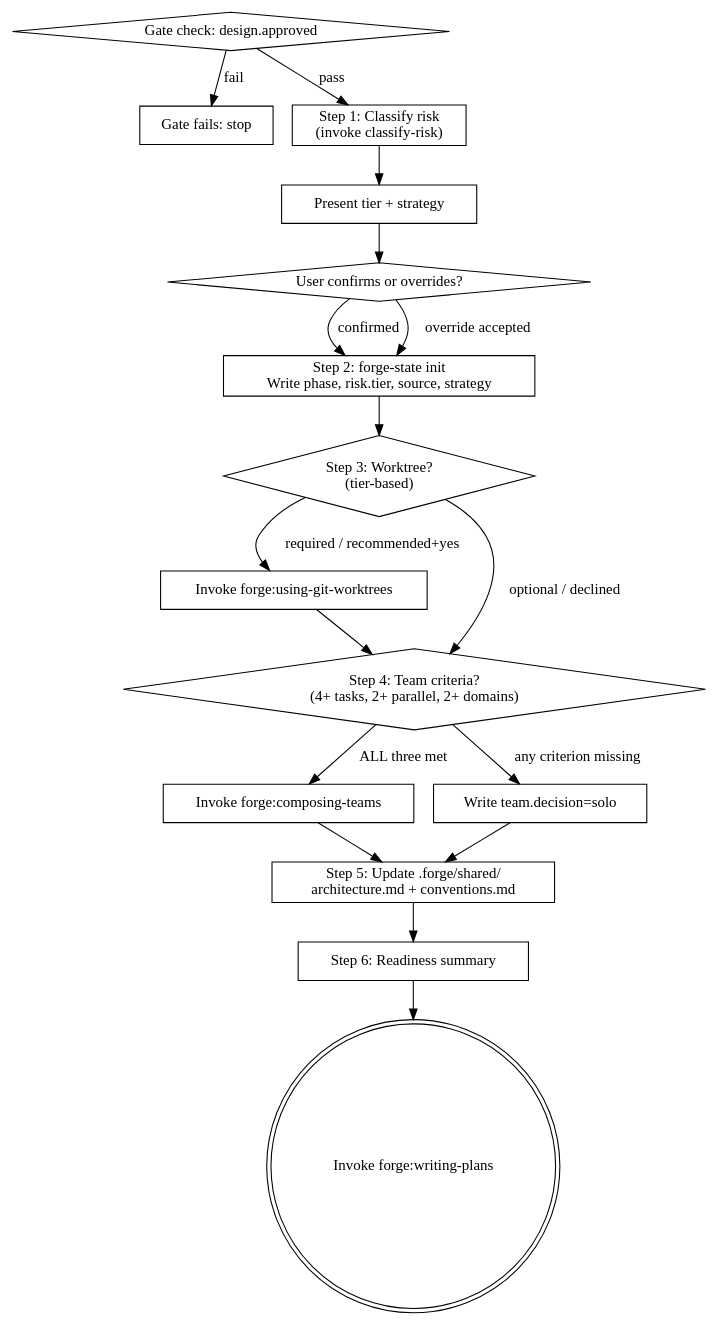
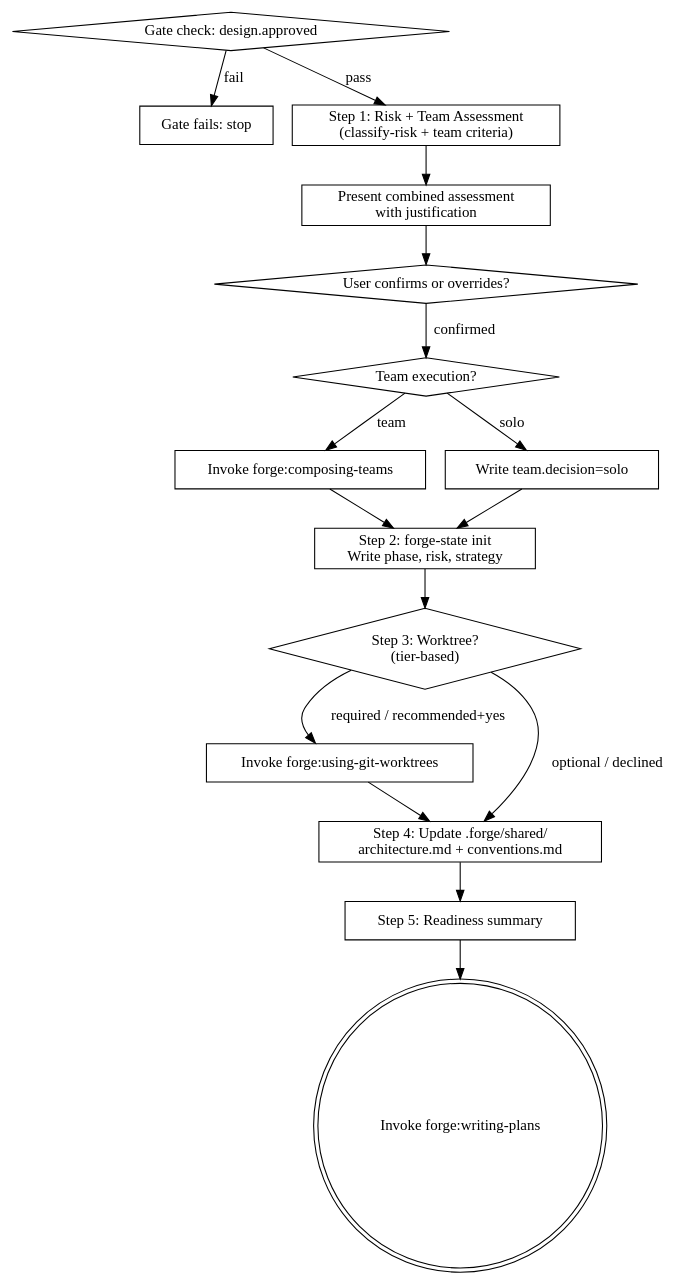
One commit to rahulsc/forge changed the diagram in skills/setting-up-project/SKILL.md. Above: the diagram before and after it, drawn with Graphviz. The commit also changed other lines of this file, not shown here.

First line of the commit message:
fix: merge risk and team steps in setting-up-project with justification

````diff
--- a/skills/setting-up-project/SKILL.md
+++ b/skills/setting-up-project/SKILL.md
@@ -202,35 +208,34 @@
 ```dot
 digraph setting_up_project {
     "Gate check: design.approved" [shape=diamond];
     "Gate fails: stop" [shape=box];
-    "Step 1: Classify risk\n(invoke classify-risk)" [shape=box];
-    "Present tier + strategy" [shape=box];
+    "Step 1: Risk + Team Assessment\n(classify-risk + team criteria)" [shape=box];
+    "Present combined assessment\nwith justification" [shape=box];
     "User confirms or overrides?" [shape=diamond];
-    "Step 2: forge-state init\nWrite phase, risk.tier, source, strategy" [shape=box];
+    "Team execution?" [shape=diamond];
+    "Invoke forge:composing-teams" [shape=box];
+    "Write team.decision=solo" [shape=box];
+    "Step 2: forge-state init\nWrite phase, risk, strategy" [shape=box];
     "Step 3: Worktree?\n(tier-based)" [shape=diamond];
     "Invoke forge:using-git-worktrees" [shape=box];
-    "Step 4: Team criteria?\n(4+ tasks, 2+ parallel, 2+ domains)" [shape=diamond];
-    "Invoke forge:composing-teams" [shape=box];
-    "Write team.decision=solo" [shape=box];
-    "Step 5: Update .forge/shared/\narchitecture.md + conventions.md" [shape=box];
-    "Step 6: Readiness summary" [shape=box];
+    "Step 4: Update .forge/shared/\narchitecture.md + conventions.md" [shape=box];
+    "Step 5: Readiness summary" [shape=box];
     "Invoke forge:writing-plans" [shape=doublecircle];
 
     "Gate check: design.approved" -> "Gate fails: stop" [label="fail"];
-    "Gate check: design.approved" -> "Step 1: Classify risk\n(invoke classify-risk)" [label="pass"];
-    "Step 1: Classify risk\n(invoke classify-risk)" -> "Present tier + strategy";
-    "Present tier + strategy" -> "User confirms or overrides?" ;
-    "User confirms or overrides?" -> "Step 2: forge-state init\nWrite phase, risk.tier, source, strategy" [label="confirmed"];
-    "User confirms or overrides?" -> "Step 2: forge-state init\nWrite phase, risk.tier, source, strategy" [label="override accepted"];
-    "Step 2: forge-state init\nWrite phase, risk.tier, source, strategy" -> "Step 3: Worktree?\n(tier-based)";
+    "Gate check: design.approved" -> "Step 1: Risk + Team Assessment\n(classify-risk + team criteria)" [label="pass"];
+    "Step 1: Risk + Team Assessment\n(classify-risk + team criteria)" -> "Present combined assessment\nwith justification";
+    "Present combined assessment\nwith justification" -> "User confirms or overrides?";
+    "User confirms or overrides?" -> "Team execution?" [label="confirmed"];
+    "Team execution?" -> "Invoke forge:composing-teams" [label="team"];
+    "Team execution?" -> "Write team.decision=solo" [label="solo"];
+    "Invoke forge:composing-teams" -> "Step 2: forge-state init\nWrite phase, risk, strategy";
+    "Write team.decision=solo" -> "Step 2: forge-state init\nWrite phase, risk, strategy";
+    "Step 2: forge-state init\nWrite phase, risk, strategy" -> "Step 3: Worktree?\n(tier-based)";
     "Step 3: Worktree?\n(tier-based)" -> "Invoke forge:using-git-worktrees" [label="required / recommended+yes"];
-    "Step 3: Worktree?\n(tier-based)" -> "Step 4: Team criteria?\n(4+ tasks, 2+ parallel, 2+ domains)" [label="optional / declined"];
-    "Invoke forge:using-git-worktrees" -> "Step 4: Team criteria?\n(4+ tasks, 2+ parallel, 2+ domains)";
-    "Step 4: Team criteria?\n(4+ tasks, 2+ parallel, 2+ domains)" -> "Invoke forge:composing-teams" [label="ALL three met"];
-    "Step 4: Team criteria?\n(4+ tasks, 2+ parallel, 2+ domains)" -> "Write team.decision=solo" [label="any criterion missing"];
-    "Invoke forge:composing-teams" -> "Step 5: Update .forge/shared/\narchitecture.md + conventions.md";
-    "Write team.decision=solo" -> "Step 5: Update .forge/shared/\narchitecture.md + conventions.md";
-    "Step 5: Update .forge/shared/\narchitecture.md + conventions.md" -> "Step 6: Readiness summary";
-    "Step 6: Readiness summary" -> "Invoke forge:writing-plans";
+    "Step 3: Worktree?\n(tier-based)" -> "Step 4: Update .forge/shared/\narchitecture.md + conventions.md" [label="optional / declined"];
+    "Invoke forge:using-git-worktrees" -> "Step 4: Update .forge/shared/\narchitecture.md + conventions.md";
+    "Step 4: Update .forge/shared/\narchitecture.md + conventions.md" -> "Step 5: Readiness summary";
+    "Step 5: Readiness summary" -> "Invoke forge:writing-plans";
 }
 ```
````
